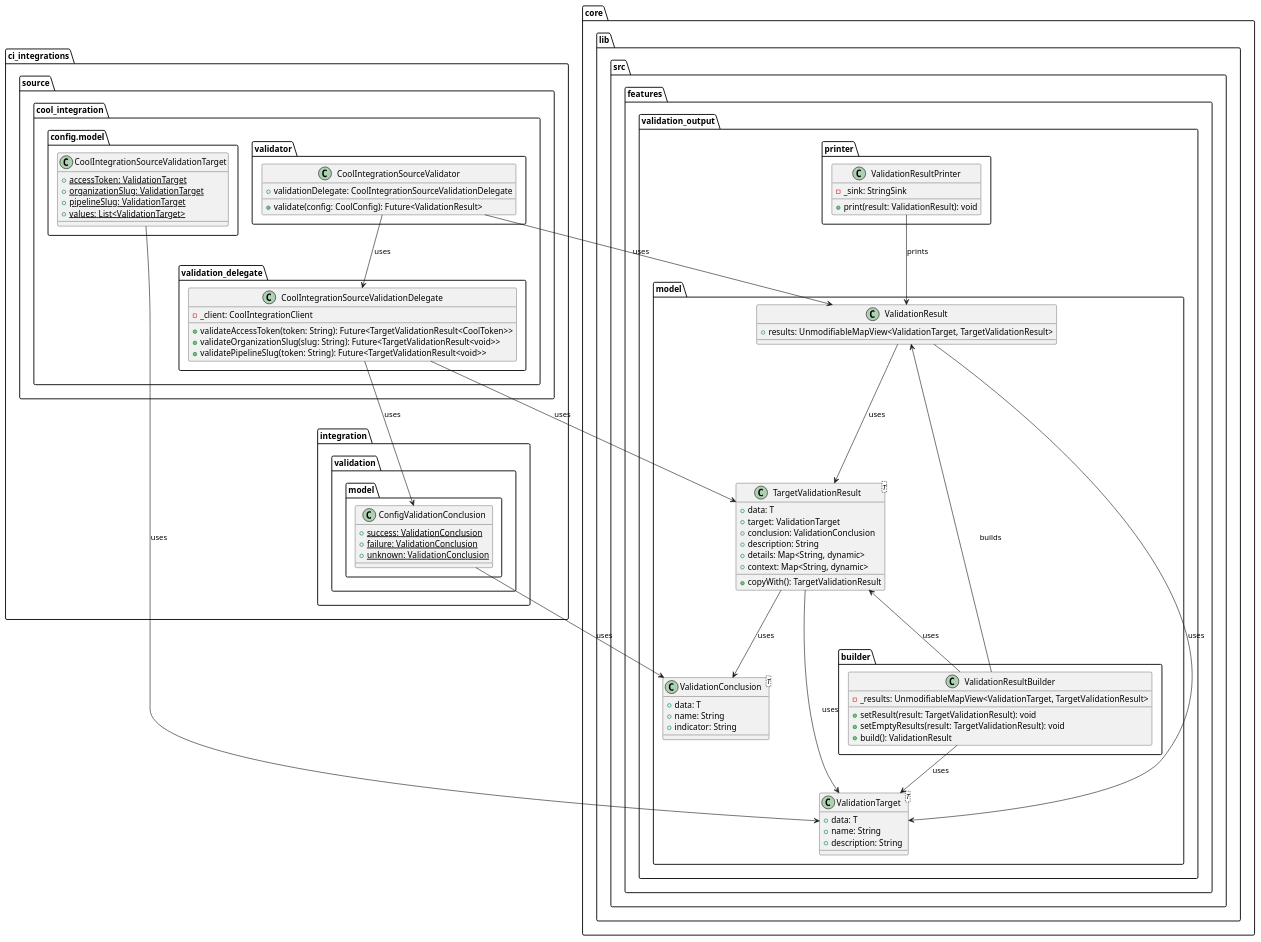
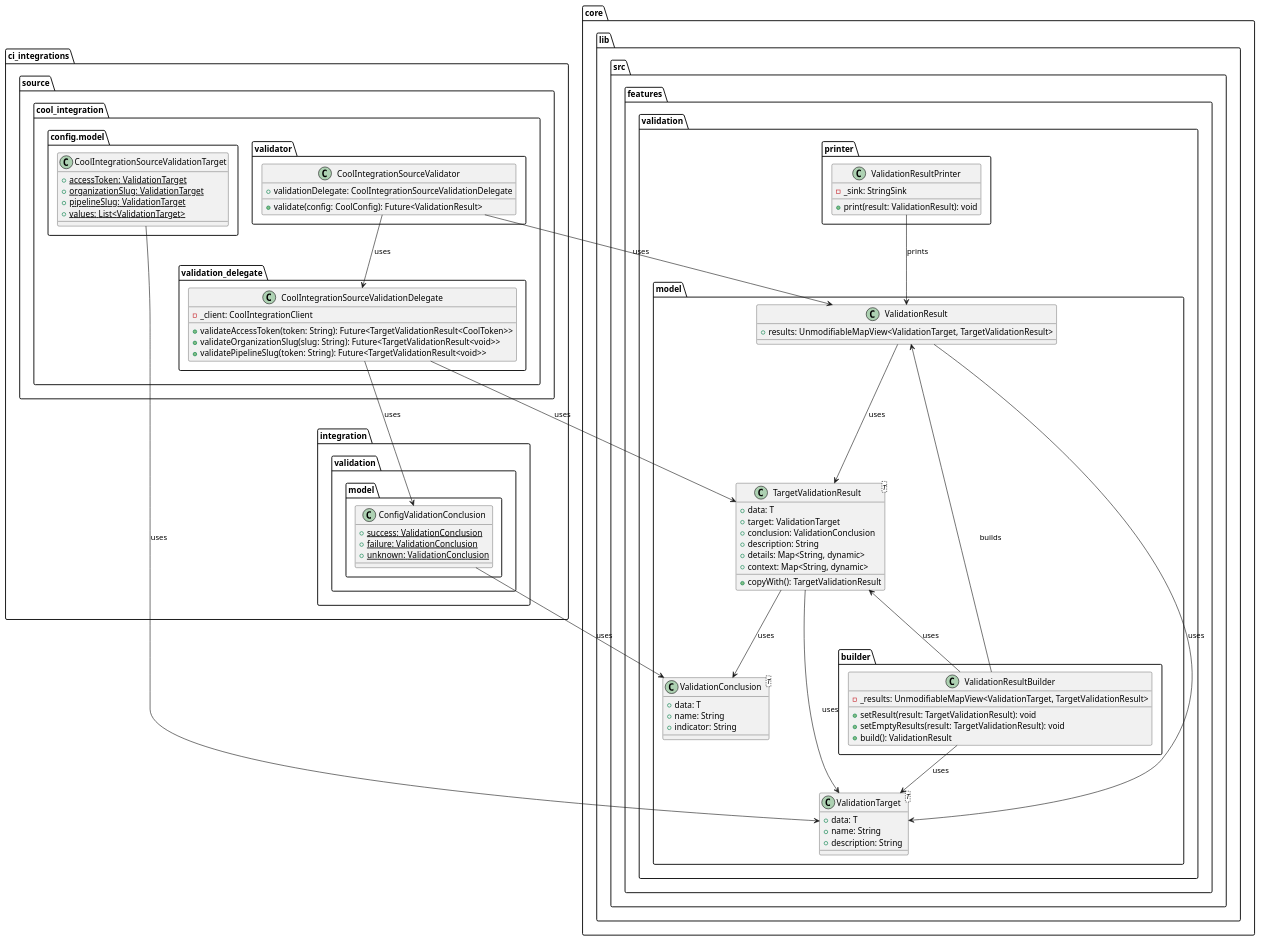
Before and after one commit to Flank/flank-dashboard: the diagram in metrics/cli/docs/features/doctor_output_improvements/diagrams/ci_integrations_validator_class_diagram.puml, drawn with PlantUML. The commit also changed 4 other files, not shown here.

Commit message:
Rename validation_output to validation

```diff
--- a/metrics/cli/docs/features/doctor_output_improvements/diagrams/ci_integrations_validator_class_diagram.puml
+++ b/metrics/cli/docs/features/doctor_output_improvements/diagrams/ci_integrations_validator_class_diagram.puml
@@ -1,114 +1,114 @@
 @startuml ci_integrations_validator_class_diagram
 
-package core.lib.src.features.validation_output {
+package core.lib.src.features.validation {
     package model {
         package builder {
             class ValidationResultBuilder {
                 - _results: UnmodifiableMapView<ValidationTarget, TargetValidationResult>
 
                 + setResult(result: TargetValidationResult): void
                 + setEmptyResults(result: TargetValidationResult): void
                 + build(): ValidationResult
             }
         }
 
         class ValidationTarget<T> {
             + data: T
             + name: String
             + description: String
         }
 
         class ValidationConclusion<T> {
             + data: T
             + name: String
             + indicator: String
         }
 
         class TargetValidationResult<T> {
             + data: T
             + target: ValidationTarget
             + conclusion: ValidationConclusion
             + description: String
             + details: Map<String, dynamic>
             + context: Map<String, dynamic>
 
             + copyWith(): TargetValidationResult
         }
 
         class ValidationResult{
             + results: UnmodifiableMapView<ValidationTarget, TargetValidationResult>
         }
     }
 
     package printer {
         class ValidationResultPrinter{
             - _sink: StringSink
 
             + print(result: ValidationResult): void
         }
     }
 }
 
 package ci_integrations {
     package integration.validation.model {
         class ConfigValidationConclusion {
             + {static} success: ValidationConclusion
             + {static} failure: ValidationConclusion
             + {static} unknown: ValidationConclusion
         }
     }
 
     package source.cool_integration {
         package config.model as cool_integration_config_model {
             class CoolIntegrationSourceValidationTarget {
                 + {static} accessToken: ValidationTarget
                 + {static} organizationSlug: ValidationTarget
                 + {static} pipelineSlug: ValidationTarget
                 + {static} values: List<ValidationTarget>
             }
         }
 
         package validation_delegate {
             class CoolIntegrationSourceValidationDelegate {
                 - _client: CoolIntegrationClient
 
                 + validateAccessToken(token: String): Future<TargetValidationResult<CoolToken>>
                 + validateOrganizationSlug(slug: String): Future<TargetValidationResult<void>>
                 + validatePipelineSlug(token: String): Future<TargetValidationResult<void>>
             }
         }
 
         package validator {
             class CoolIntegrationSourceValidator {
                 + validationDelegate: CoolIntegrationSourceValidationDelegate
 
                 + validate(config: CoolConfig): Future<ValidationResult>
             }
         }
     }
 }
 
 TargetValidationResult --> ValidationTarget : uses
 TargetValidationResult --> ValidationConclusion : uses
 
 ValidationResult --> TargetValidationResult : uses
 ValidationResult --> ValidationTarget : uses
 
 ValidationResultBuilder -up-> ValidationResult : builds
 ValidationResultBuilder --> ValidationTarget : uses
 ValidationResultBuilder -up-> TargetValidationResult : uses
 
 ValidationResultPrinter --> ValidationResult : prints
 
 CoolIntegrationSourceValidator --> CoolIntegrationSourceValidationDelegate : uses
 CoolIntegrationSourceValidator --> ValidationResult : uses
 
 CoolIntegrationSourceValidationDelegate --> TargetValidationResult : uses
 
 CoolIntegrationSourceValidationTarget --> ValidationTarget : uses
 
 ConfigValidationConclusion --> ValidationConclusion : uses
 
 CoolIntegrationSourceValidationDelegate -down-> ConfigValidationConclusion : uses
 
 @enduml
```
